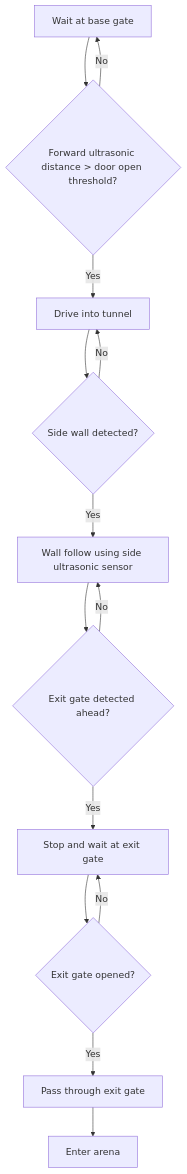
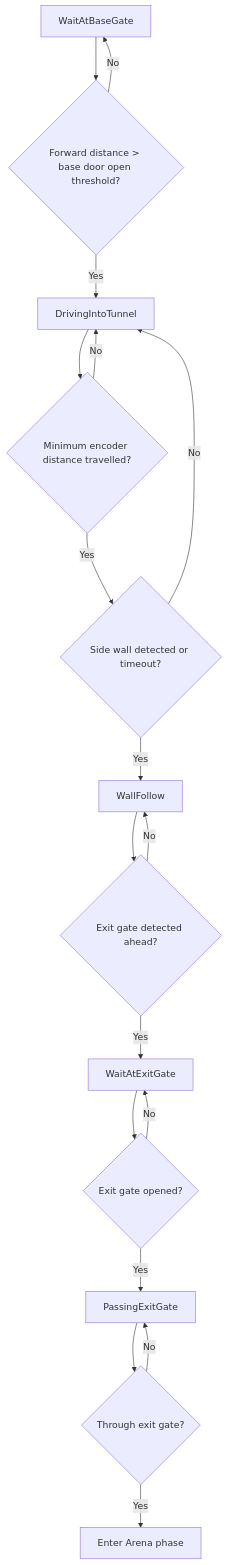
The seventh of 14 diagrams in README.md (Nolanyu99/term3_robot), drawn with Mermaid before and after one commit. The commit also changed other lines of this file, not shown here.

````diff
--- a/README.md
+++ b/README.md
@@ -387,20 +529,25 @@
 ```mermaid
 flowchart TD
-    A[Wait at base gate] --> B{Forward ultrasonic distance > door open threshold?}
+    A[WaitAtBaseGate] --> B{Forward distance > base door open threshold?}
     B -->|No| A
-    B -->|Yes| C[Drive into tunnel]
+    B -->|Yes| C[DrivingIntoTunnel]
 
-    C --> D{Side wall detected?}
+    C --> D{Minimum encoder distance travelled?}
     D -->|No| C
-    D -->|Yes| E[Wall follow using side ultrasonic sensor]
+    D -->|Yes| E{Side wall detected or timeout?}
 
-    E --> F{Exit gate detected ahead?}
-    F -->|No| E
-    F -->|Yes| G[Stop and wait at exit gate]
+    E -->|No| C
+    E -->|Yes| F[WallFollow]
 
-    G --> H{Exit gate opened?}
-    H -->|No| G
-    H -->|Yes| I[Pass through exit gate]
+    F --> G{Exit gate detected ahead?}
+    G -->|No| F
+    G -->|Yes| H[WaitAtExitGate]
 
-    I --> J[Enter arena]
+    H --> I{Exit gate opened?}
+    I -->|No| H
+    I -->|Yes| J[PassingExitGate]
+
+    J --> K{Through exit gate?}
+    K -->|No| J
+    K -->|Yes| L[Enter Arena phase]
 ```
````
